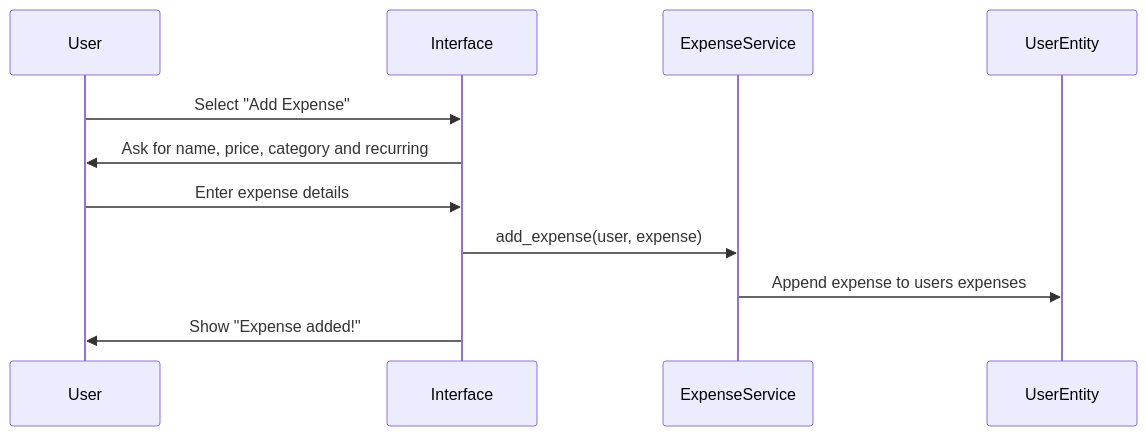
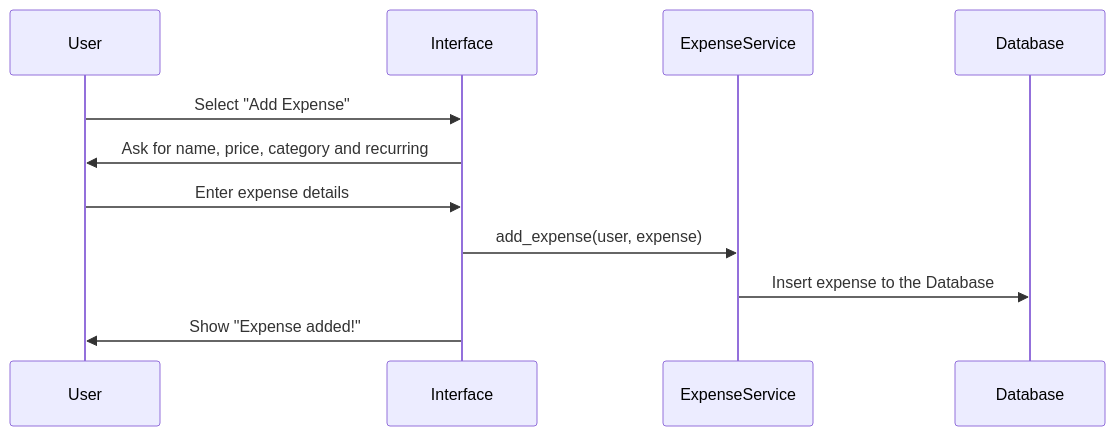
The second of 4 diagrams in dokumentaatio/arkkitehtuuri.md (VeetiKu/ot-harjoitustyo), drawn with Mermaid before and after one commit. The commit also changed other lines of this file and 22 other files, not shown here.

````diff
--- a/dokumentaatio/arkkitehtuuri.md
+++ b/dokumentaatio/arkkitehtuuri.md
@@ -63,14 +98,14 @@
 ```mermaid
 sequenceDiagram
     participant User
     participant Interface
     participant ExpenseService
-    participant UserEntity
+    participant Database
 
     User->>Interface: Select "Add Expense"
     Interface->>User: Ask for name, price, category and recurring
     User->>Interface: Enter expense details
     Interface->>ExpenseService: add_expense(user, expense)
-    ExpenseService->>UserEntity: Append expense to users expenses
+    ExpenseService->>Database: Insert expense to the Database
     Interface->>User: Show "Expense added!"
 ```
````
